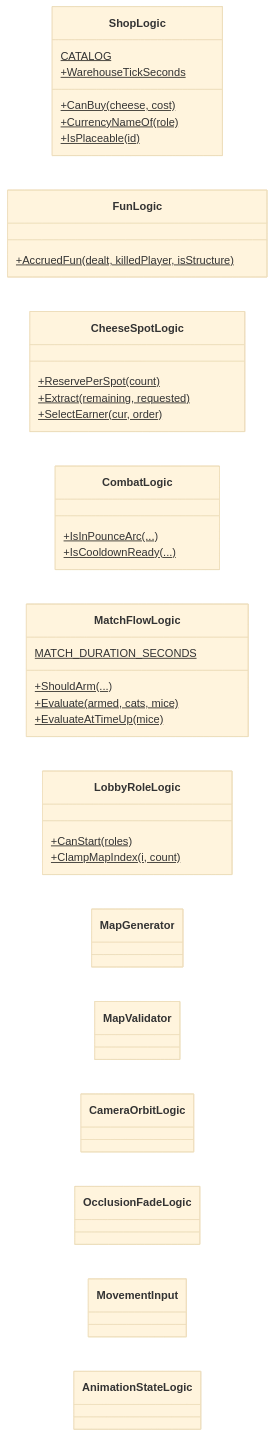
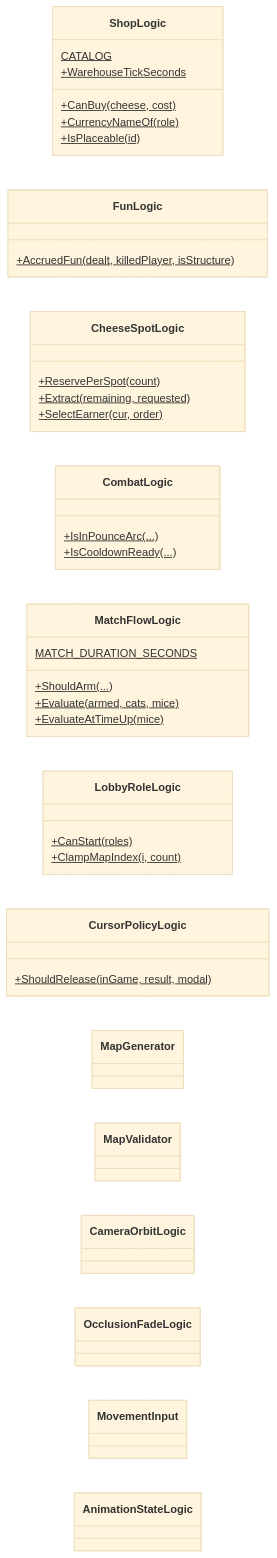
Before and after one commit to JeahanPark/The-Cheese-Thief-and-the-Cat: the eighth of 13 diagrams in CTC/docs/design-vault/코드 다이어그램.md, drawn with Mermaid (base theme). The commit also changed other lines of this file and 7 other files, not shown here.

````diff
--- a/CTC/docs/design-vault/코드 다이어그램.md
+++ b/CTC/docs/design-vault/코드 다이어그램.md
@@ -264,39 +264,42 @@
 ```mermaid
 classDiagram
     direction LR
     class ShopLogic {
         CATALOG$
         +CanBuy(cheese, cost)$
         +CurrencyNameOf(role)$
         +IsPlaceable(id)$
         +WarehouseTickSeconds$
     }
     class FunLogic {
         +AccruedFun(dealt, killedPlayer, isStructure)$
     }
     class CheeseSpotLogic {
         +ReservePerSpot(count)$
         +Extract(remaining, requested)$
         +SelectEarner(cur, order)$
     }
     class CombatLogic {
         +IsInPounceArc(...)$
         +IsCooldownReady(...)$
     }
     class MatchFlowLogic {
         MATCH_DURATION_SECONDS$
         +ShouldArm(...)$
         +Evaluate(armed, cats, mice)$
         +EvaluateAtTimeUp(mice)$
     }
     class LobbyRoleLogic {
         +CanStart(roles)$
         +ClampMapIndex(i, count)$
     }
+    class CursorPolicyLogic {
+        +ShouldRelease(inGame, result, modal)$
+    }
     class MapGenerator
     class MapValidator
     class CameraOrbitLogic
     class OcclusionFadeLogic
     class MovementInput
     class AnimationStateLogic
 ```
````
